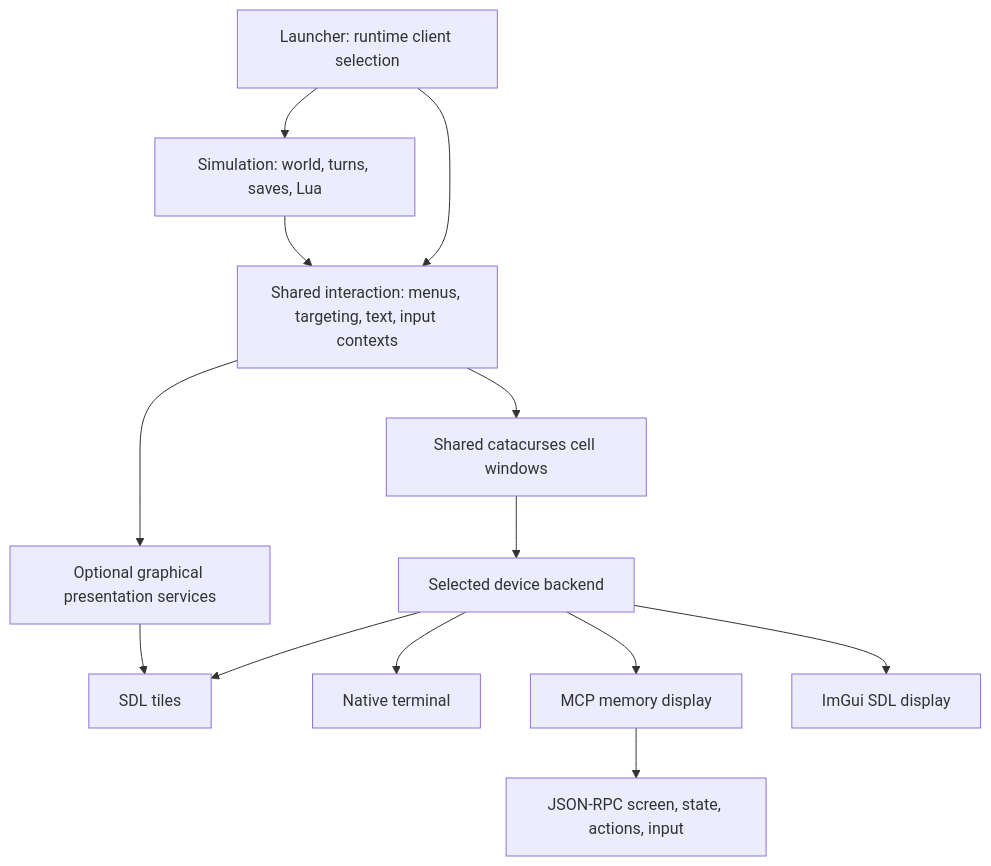
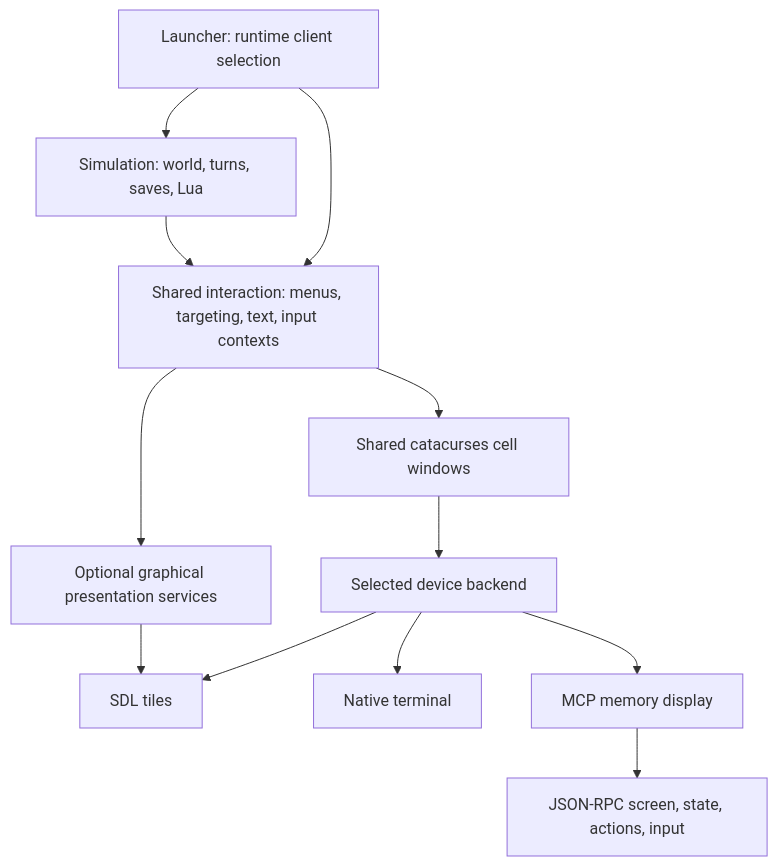
One commit to cataclysmbn/Cataclysm-BN changed the diagram in docs/en/dev/explanation/engine_clients.md. Above: the diagram before and after it, drawn with Mermaid. The commit also changed other lines of this file and 30 other files, not shown here.

````diff
--- a/docs/en/dev/explanation/engine_clients.md
+++ b/docs/en/dev/explanation/engine_clients.md
@@ -34,15 +19,14 @@
 ```mermaid
 flowchart TD
     launch[Launcher: runtime client selection] --> engine[Simulation: world, turns, saves, Lua]
     launch --> interaction[Shared interaction: menus, targeting, text, input contexts]
     engine --> interaction
     interaction --> surface[Shared catacurses cell windows]
     surface --> device[Selected device backend]
     interaction --> presentation[Optional graphical presentation services]
     device --> tiles[SDL tiles]
     device --> curses[Native terminal]
     device --> mcp[MCP memory display]
-    device --> imgui[ImGui SDL display]
     presentation --> tiles
     mcp --> rpc[JSON-RPC screen, state, actions, input]
 ```
````
